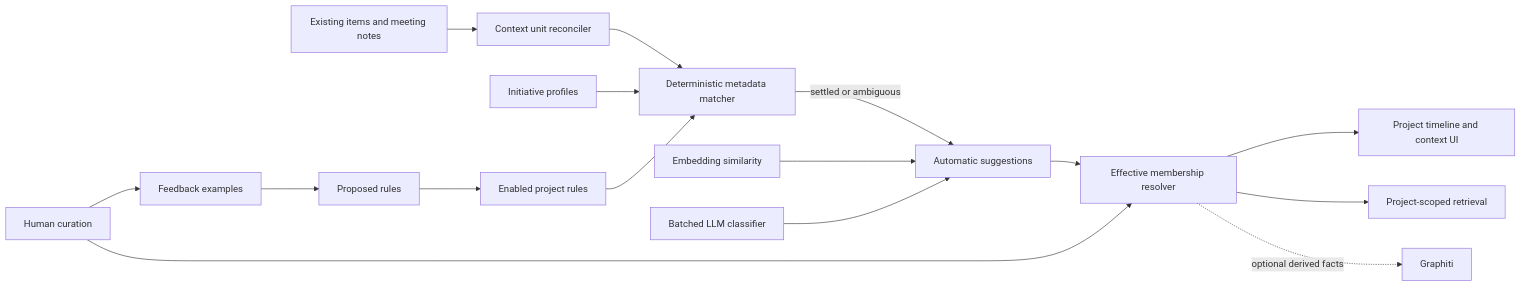
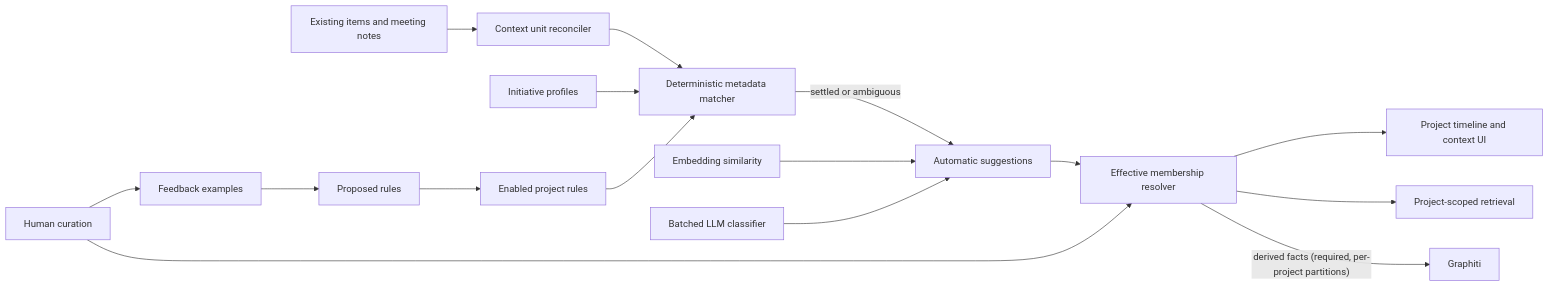
One commit to aiosbrain/aios-team-brain changed the diagram in docs/specs/project-context-classification-v1.md. Above: the diagram before and after it, drawn with Mermaid. The commit also changed other lines of this file, not shown here.

````diff
--- a/docs/specs/project-context-classification-v1.md
+++ b/docs/specs/project-context-classification-v1.md
@@ -836,18 +958,18 @@
 ```mermaid
 flowchart LR
   I["Existing items and meeting notes"] --> U["Context unit reconciler"]
   U --> D["Deterministic metadata matcher"]
   P["Initiative profiles"] --> D
   R["Enabled project rules"] --> D
   D -->|"settled or ambiguous"| S["Automatic suggestions"]
   S --> L["Effective membership resolver"]
   E["Embedding similarity"] --> S
   M["Batched LLM classifier"] --> S
   H["Human curation"] --> L
   H --> F["Feedback examples"]
   F --> Q["Proposed rules"]
   Q --> R
   L --> T["Project timeline and context UI"]
   L --> C["Project-scoped retrieval"]
-  L -. "optional derived facts" .-> G["Graphiti"]
+  L -- "derived facts (required, per-project partitions)" --> G["Graphiti"]
 ```
````
